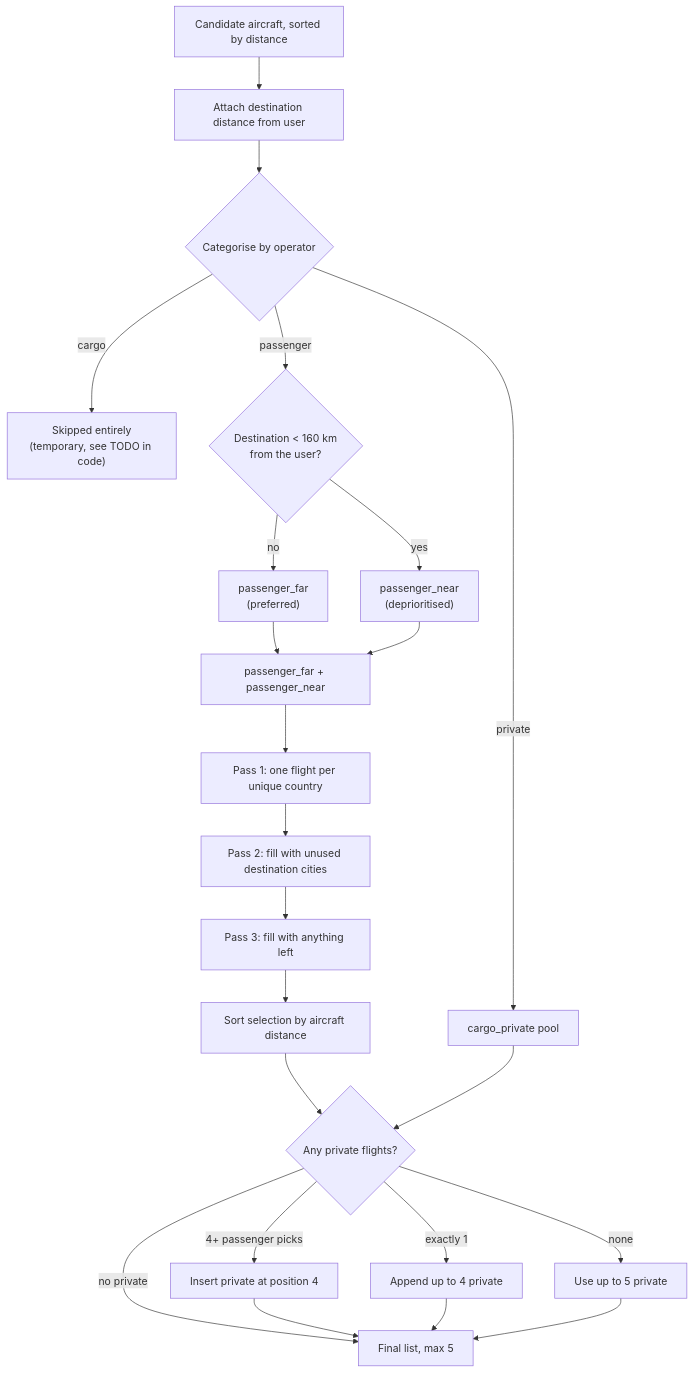
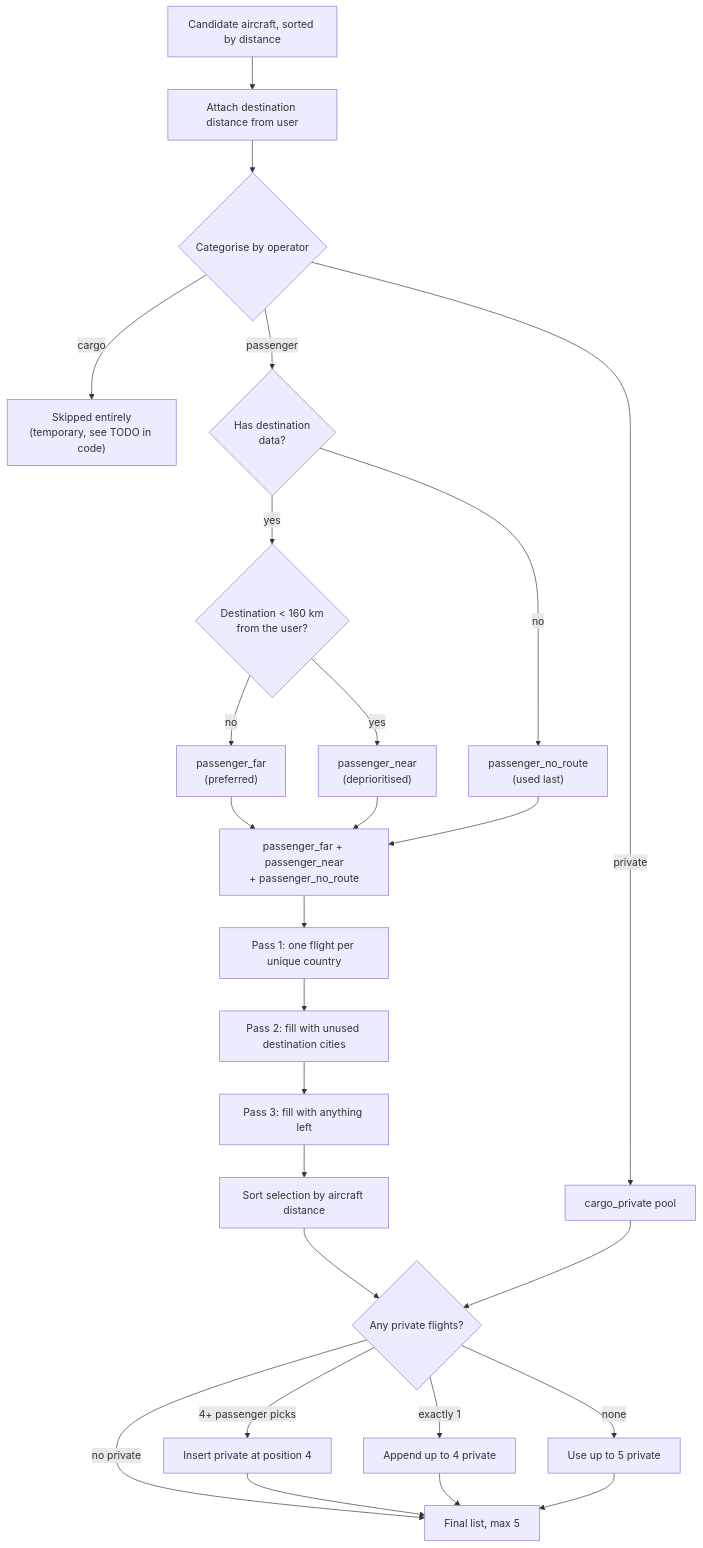
The fourth of 8 diagrams in docs/ARCHITECTURE.md (cjkm3rriman/dreaming-of-a-jet-plane), drawn with Mermaid before and after one commit. The commit also changed other lines of this file and 10 other files, not shown here.

````diff
--- a/docs/ARCHITECTURE.md
+++ b/docs/ARCHITECTURE.md
@@ -199,25 +210,28 @@
 ```mermaid
 flowchart TD
     In["Candidate aircraft, sorted by distance"] --> Enrich["Attach destination distance from user"]
     Enrich --> Cat{"Categorise by operator"}
     Cat -->|cargo| Drop["Skipped entirely<br/>(temporary, see TODO in code)"]
     Cat -->|private| CP["cargo_private pool"]
-    Cat -->|passenger| Dist{"Destination < 160 km<br/>from the user?"}
+    Cat -->|passenger| HasDest{"Has destination<br/>data?"}
+    HasDest -->|no| NoRoute["passenger_no_route<br/>(used last)"]
+    HasDest -->|yes| Dist{"Destination < 160 km<br/>from the user?"}
     Dist -->|yes| Near["passenger_near<br/>(deprioritised)"]
     Dist -->|no| Far["passenger_far<br/>(preferred)"]
-    Far --> Pool["passenger_far + passenger_near"]
+    Far --> Pool["passenger_far + passenger_near<br/>+ passenger_no_route"]
     Near --> Pool
+    NoRoute --> Pool
     Pool --> D1["Pass 1: one flight per unique country"]
     D1 --> D2["Pass 2: fill with unused destination cities"]
     D2 --> D3["Pass 3: fill with anything left"]
     D3 --> SortP["Sort selection by aircraft distance"]
     SortP --> Insert{"Any private flights?"}
     CP --> Insert
     Insert -->|4+ passenger picks| Slot4["Insert private at position 4"]
     Insert -->|exactly 1| Append["Append up to 4 private"]
     Insert -->|none| Only["Use up to 5 private"]
     Insert -->|no private| Done
     Slot4 --> Done["Final list, max 5"]
     Append --> Done
     Only --> Done
 ```
````
